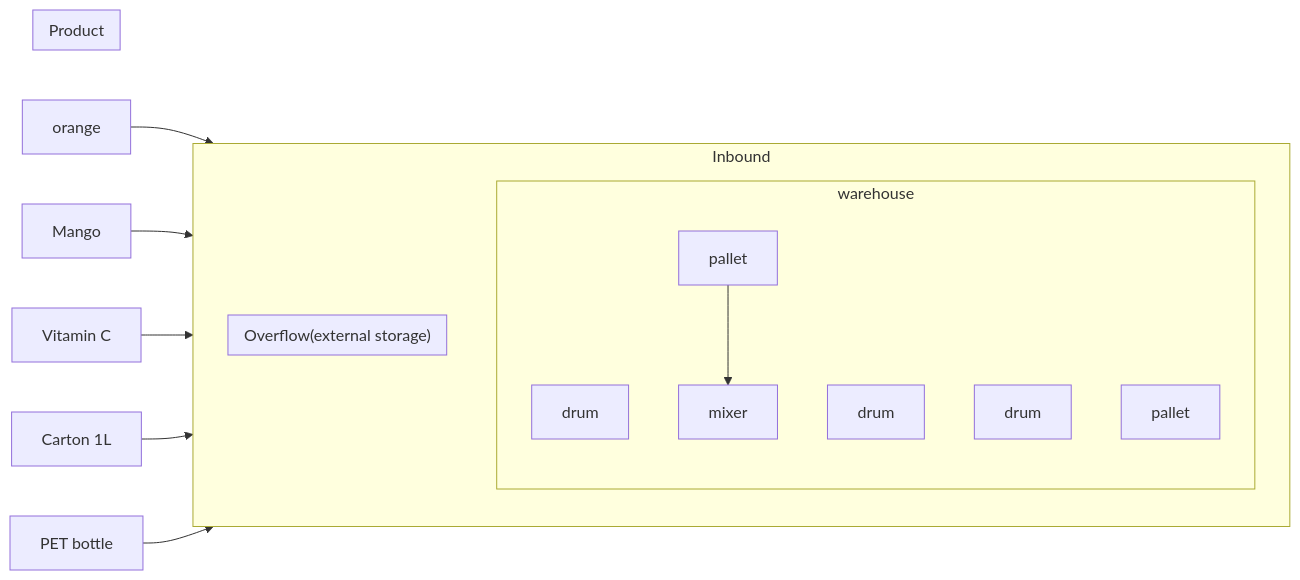
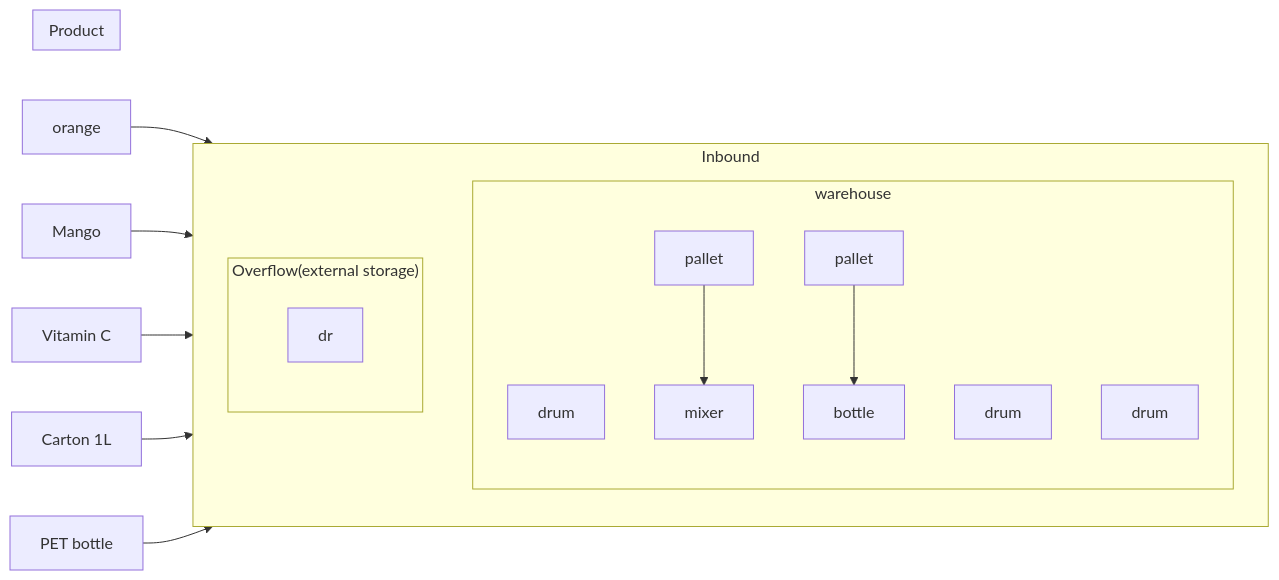
The second of 2 diagrams in _posts/2024-05-01-TFC-round-3.md (moonIsMyFriend/basicConcept.github.io), drawn with Mermaid before and after one commit.

```diff
--- a/_posts/2024-05-01-TFC-round-3.md
+++ b/_posts/2024-05-01-TFC-round-3.md
@@ -22,52 +22,47 @@
  <pre class="mermaid">
     flowchart LR
       subgraph Inbound
         direction TB
         subgraph iw[warehouse]
           direction TB
           i[drum]
           i2[drum]
           i3[drum3]
           i4[pallet]
           i5[pallet]
         end
 
         subgraph "Overflow(external storage)"
           direction TB
-          i[drum]
-          i2[drum]
-          i3[drum3]
-          i4[pallet]
-          i5[pallet]
+          dr
+
         end
       end
 
       subgraph Product
         direction TB
         subgraph iw[Mixing]
           direction TB
           m[mixer]
         end
 
         subgraph iw[Bottling]
           direction TB
-          i[drum]
-          i2[drum]
-          i3[drum3]
-          i4[pallet]
-          i5[pallet]
+          b[bottle]
         end
       end
 
       orange --> i[drum]
       Mango --> i2[drum]
       vc[Vitamin C] -->  i3[drum]
       cl[Carton 1L] --> i4[pallet]
-      pb[PET bottle] --> i5[pallet] --> m[mixer]
+      pb[PET bottle] --> i5[pallet]
+      i4[pallet] --> m[mixer]
+      i5[pallet] --> b[bottle]
 
 
       style iw fill:#bbf,stroke:#f66,stroke-width:2px,color:#fff,stroke-dasharray: 5 5
 
 
 
 </pre>
```
